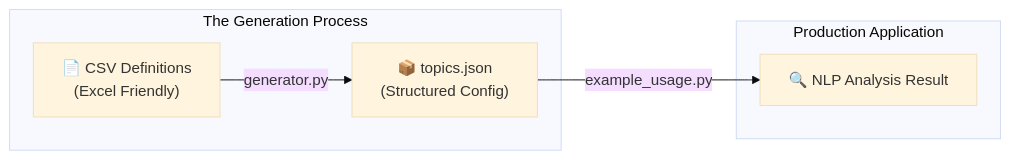
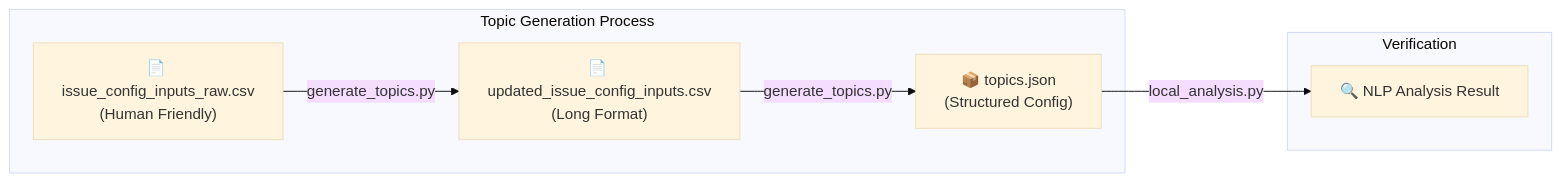
One commit to krichards-gr/issue-configs changed the diagram in README.md. Above: the diagram before and after it, drawn with Mermaid (base theme). The commit also changed other lines of this file and 13 other files, not shown here.

````diff
--- a/README.md
+++ b/README.md
@@ -9,14 +9,16 @@
 ```mermaid
 graph LR
-    CSV["📄 CSV Definitions<br/>(Excel Friendly)"] -- "generator.py" --> JSON["📦 topics.json<br/>(Structured Config)"]
-    JSON -- "example_usage.py" --> Result["🔍 NLP Analysis Result"]
+    RAW["📄 issue_config_inputs_raw.csv<br/>(Human Friendly)"] -- "generate_topics.py" --> INT["📄 updated_issue_config_inputs.csv<br/>(Long Format)"]
+    INT -- "generate_topics.py" --> JSON["📦 topics.json<br/>(Structured Config)"]
+    JSON -- "local_analysis.py" --> Result["🔍 NLP Analysis Result"]
     
-    subgraph "The Generation Process"
-    CSV
+    subgraph "Topic Generation Process"
+    RAW
+    INT
     JSON
     end
     
-    subgraph "Production Application"
+    subgraph "Verification"
     Result
     end
 ```
````
